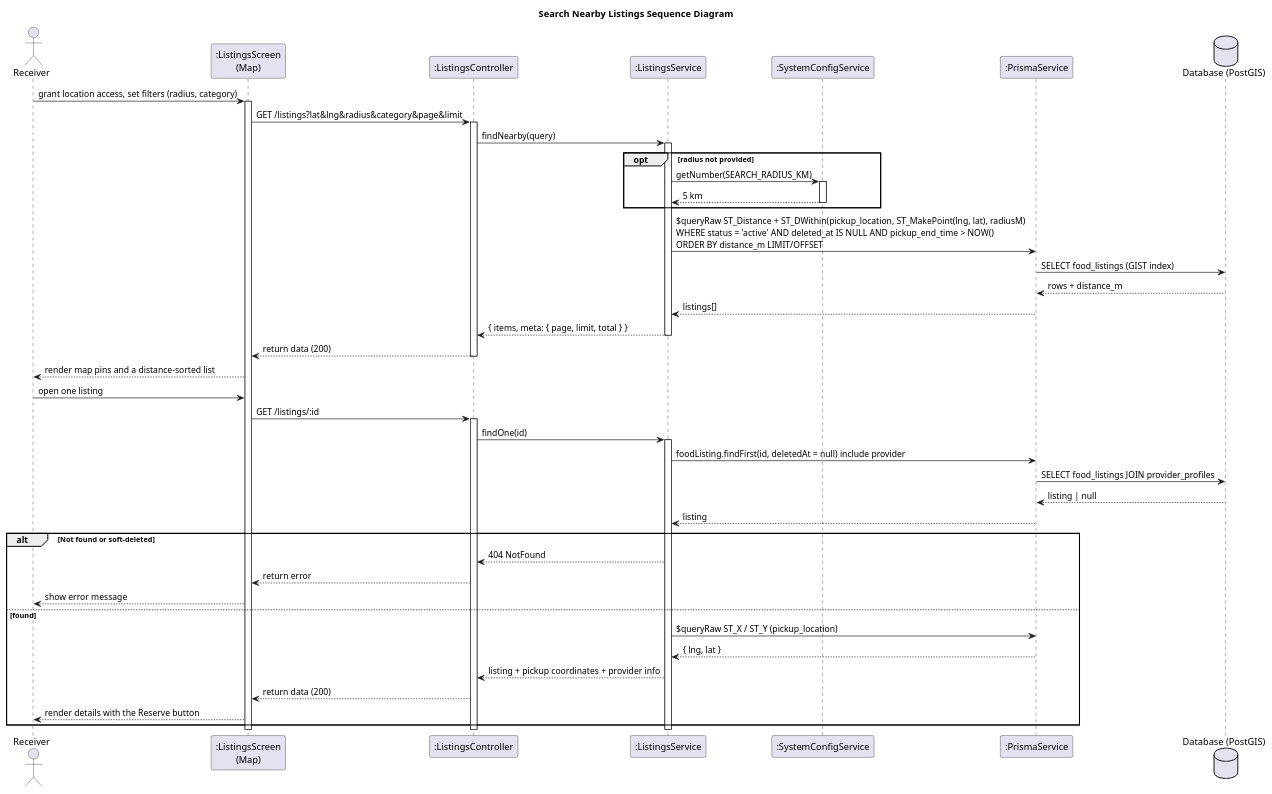
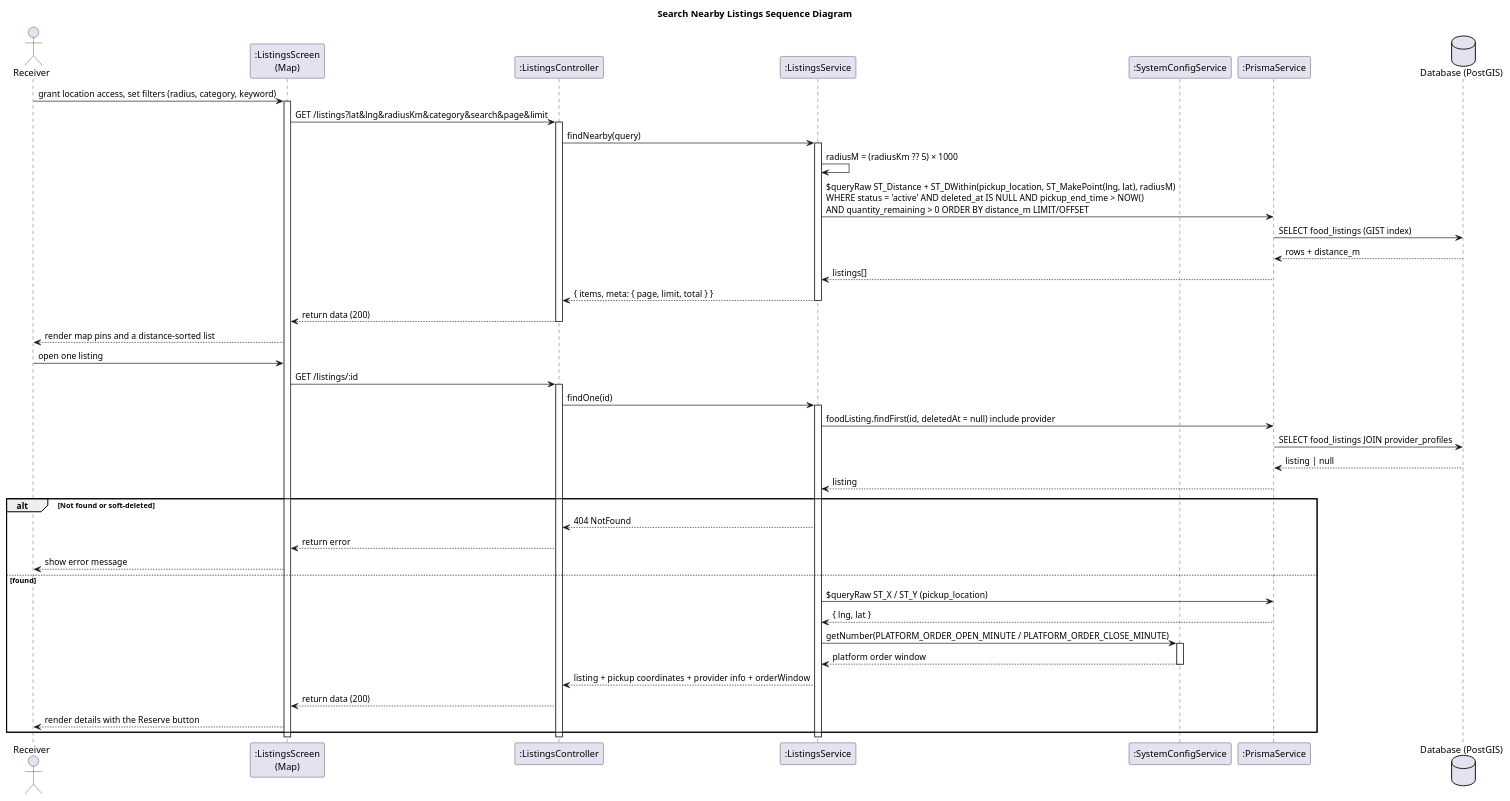
The first of 8 diagrams in docs/diagrams/seq-listing.puml (trimikey/Capstone_FoodResQ_Web), drawn with PlantUML before and after one commit. The commit also changed other lines of this file and 23 other files, not shown here.

First line of the commit message:
docs(diagrams): cap nhat sequence + class diagram theo code hien tai, bo chu thich

```diff
--- a/docs/diagrams/seq-listing.puml
+++ b/docs/diagrams/seq-listing.puml
@@ -8,57 +1,56 @@
 @startuml seq-listing-search
 title Search Nearby Listings Sequence Diagram
 
 actor "Receiver" as User
 participant ":ListingsScreen\n(Map)" as Screen
 participant ":ListingsController" as Ctrl
 participant ":ListingsService" as Svc
 participant ":SystemConfigService" as Cfg
 participant ":PrismaService" as Repo
 database "Database (PostGIS)" as DB
 
-User -> Screen : grant location access, set filters (radius, category)
+User -> Screen : grant location access, set filters (radius, category, keyword)
 activate Screen
-Screen -> Ctrl : GET /listings?lat&lng&radius&category&page&limit
+Screen -> Ctrl : GET /listings?lat&lng&radiusKm&category&search&page&limit
 activate Ctrl
 Ctrl -> Svc : findNearby(query)
 activate Svc
-opt radius not provided
-  Svc -> Cfg : getNumber(SEARCH_RADIUS_KM)
-  activate Cfg
-  Cfg --> Svc : 5 km
-  deactivate Cfg
-end
-Svc -> Repo : $queryRaw ST_Distance + ST_DWithin(pickup_location, ST_MakePoint(lng, lat), radiusM)\nWHERE status = 'active' AND deleted_at IS NULL AND pickup_end_time > NOW()\nORDER BY distance_m LIMIT/OFFSET
+Svc -> Svc : radiusM = (radiusKm ?? 5) × 1000
+Svc -> Repo : $queryRaw ST_Distance + ST_DWithin(pickup_location, ST_MakePoint(lng, lat), radiusM)\nWHERE status = 'active' AND deleted_at IS NULL AND pickup_end_time > NOW()\nAND quantity_remaining > 0 ORDER BY distance_m LIMIT/OFFSET
 Repo -> DB : SELECT food_listings (GIST index)
 DB --> Repo : rows + distance_m
 Repo --> Svc : listings[]
 Svc --> Ctrl : { items, meta: { page, limit, total } }
 deactivate Svc
 Ctrl --> Screen : return data (200)
 deactivate Ctrl
 Screen --> User : render map pins and a distance-sorted list
 
 User -> Screen : open one listing
 Screen -> Ctrl : GET /listings/:id
 activate Ctrl
 Ctrl -> Svc : findOne(id)
 activate Svc
 Svc -> Repo : foodListing.findFirst(id, deletedAt = null) include provider
 Repo -> DB : SELECT food_listings JOIN provider_profiles
 DB --> Repo : listing | null
 Repo --> Svc : listing
 alt Not found or soft-deleted
   Svc --> Ctrl : 404 NotFound
   Ctrl --> Screen : return error
   Screen --> User : show error message
 else found
   Svc -> Repo : $queryRaw ST_X / ST_Y (pickup_location)
   Repo --> Svc : { lng, lat }
-  Svc --> Ctrl : listing + pickup coordinates + provider info
+  Svc -> Cfg : getNumber(PLATFORM_ORDER_OPEN_MINUTE / PLATFORM_ORDER_CLOSE_MINUTE)
+  activate Cfg
+  Cfg --> Svc : platform order window
+  deactivate Cfg
+  Svc --> Ctrl : listing + pickup coordinates + provider info + orderWindow
   Ctrl --> Screen : return data (200)
   Screen --> User : render details with the Reserve button
 end
 deactivate Svc
 deactivate Ctrl
 deactivate Screen
 @enduml
```
